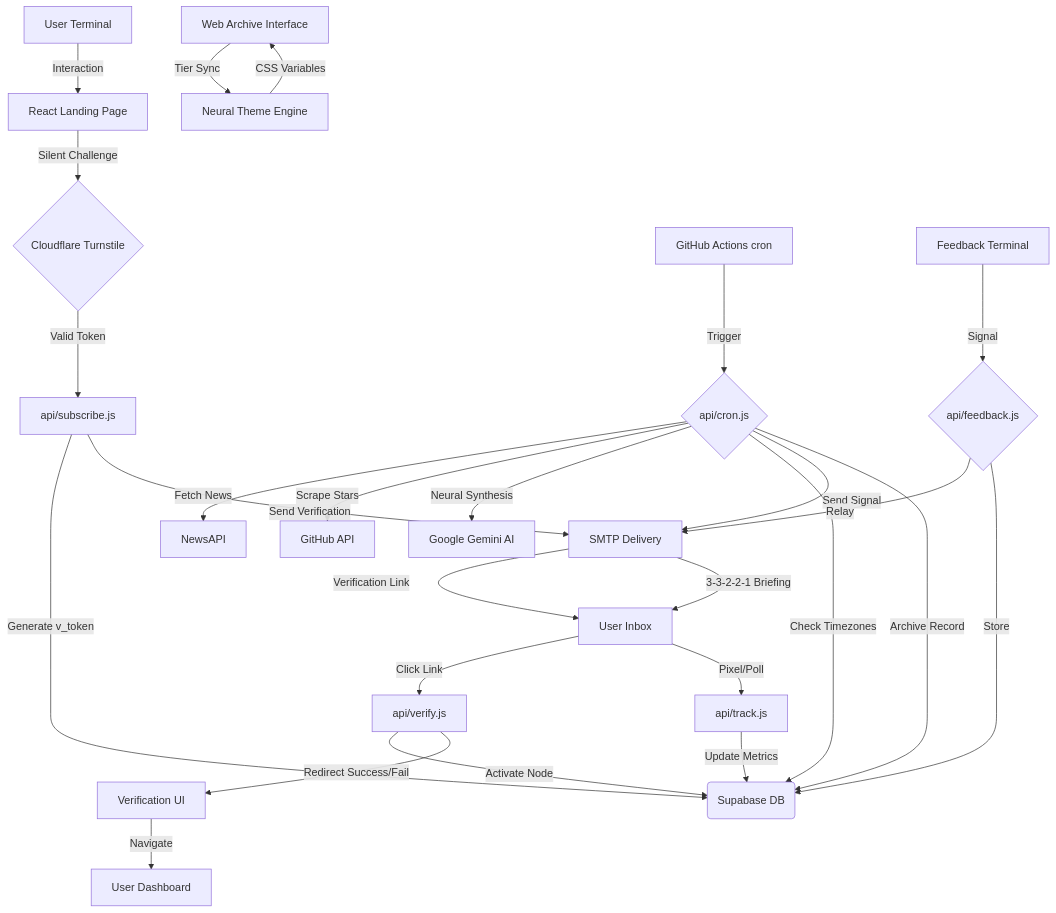
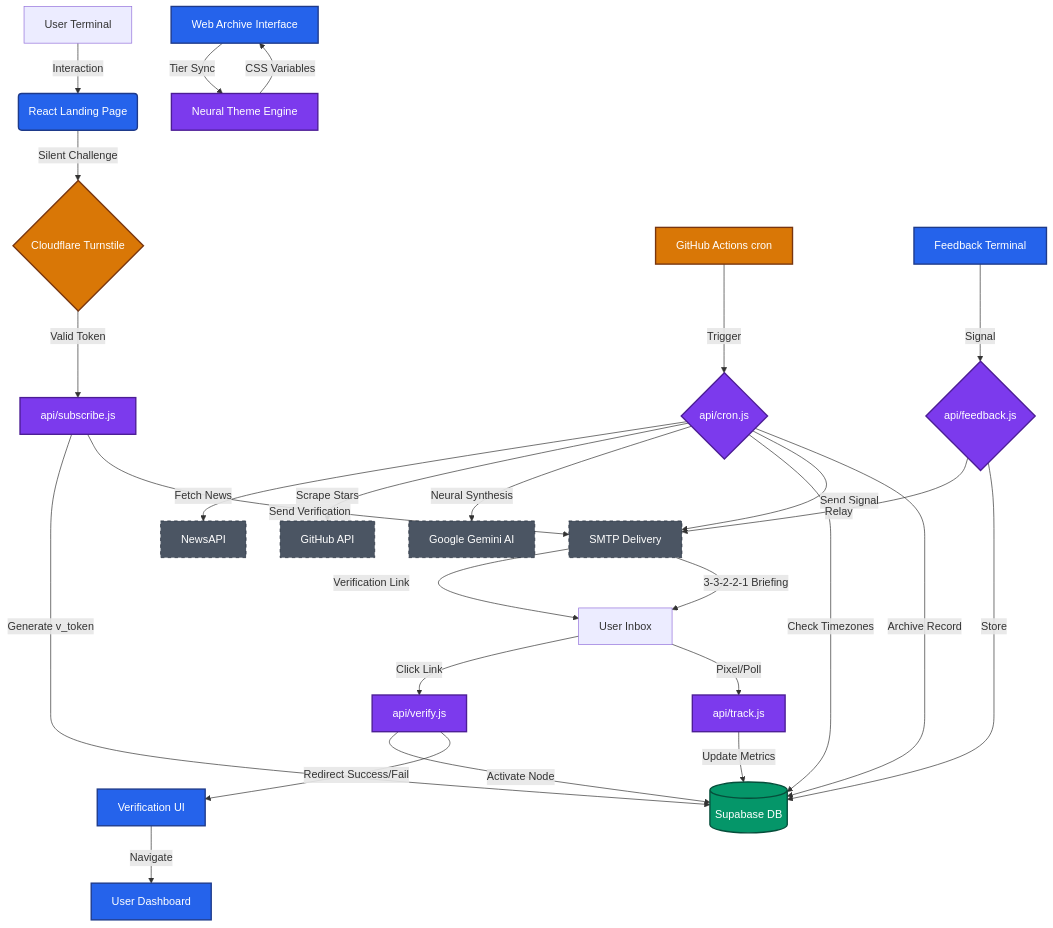
Before and after one commit to MuhammadUsmanGM/NewsLetter: the diagram in README.md, drawn with Mermaid.

Commit message:
docs: enhance Mermaid diagram with colors and improved node shapes

````diff
--- a/README.md
+++ b/README.md
@@ -45,31 +45,45 @@
 ```mermaid
 graph TD
-    A[User Terminal] -->|Interaction| B[React Landing Page]
+    A[User Terminal] -->|Interaction| B(React Landing Page)
     B -->|Silent Challenge| C{Cloudflare Turnstile}
     C -->|Valid Token| D[api/subscribe.js]
-    D -->|Generate v_token| E(Supabase DB)
+    D -->|Generate v_token| E[(Supabase DB)]
     D -->|Send Verification| K[SMTP Delivery]
     K -->|Verification Link| L[User Inbox]
     L -->|Click Link| V[api/verify.js]
     V -->|Activate Node| E
     V -->|Redirect Success/Fail| VU[Verification UI]
     VU -->|Navigate| DA[User Dashboard]
     
     F[GitHub Actions cron] -->|Trigger| G{api/cron.js}
     G -->|Fetch News| H[NewsAPI]
     G -->|Scrape Stars| I[GitHub API]
     G -->|Neural Synthesis| J[Google Gemini AI]
     G -->|Check Timezones| E
     G -->|Send Signal| K
     G -->|Archive Record| E 
     K -->|3-3-2-2-1 Briefing| L
     
     T[api/track.js] -->|Update Metrics| E
     L -->|Pixel/Poll| T
 
     M[Web Archive Interface] -->|Tier Sync| P[Neural Theme Engine]
     P -->|CSS Variables| M
     N[Feedback Terminal] -->|Signal| O{api/feedback.js}
     O -->|Relay| K
     O -->|Store| E
+
+    %% Color Palette Definitions
+    classDef frontend fill:#2563eb,stroke:#1e3a8a,color:#fff,stroke-width:2px
+    classDef logic fill:#7c3aed,stroke:#4c1d95,color:#fff,stroke-width:2px
+    classDef database fill:#059669,stroke:#064e3b,color:#fff,stroke-width:2px
+    classDef trigger fill:#d97706,stroke:#78350f,color:#fff,stroke-width:2px
+    classDef external fill:#4b5563,stroke:#1f2937,color:#fff,stroke-width:1px,stroke-dasharray: 5 5
+
+    %% Applying Classes
+    class B,VU,DA,M,N frontend
+    class D,V,G,T,O,P logic
+    class E database
+    class C,F trigger
+    class H,I,J,K external
 ```
````
